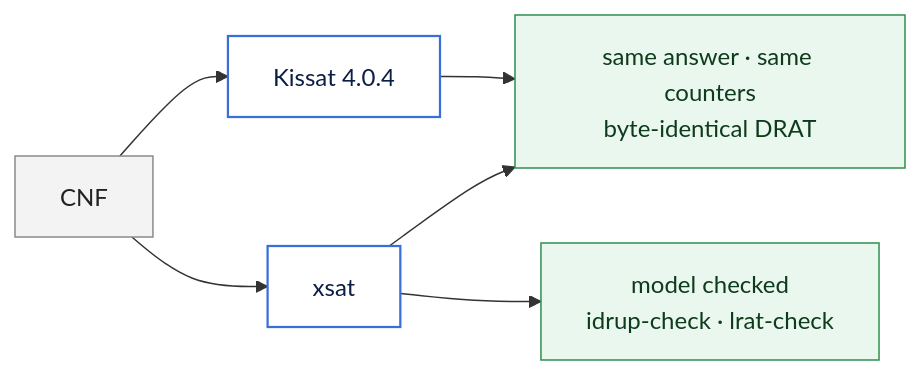
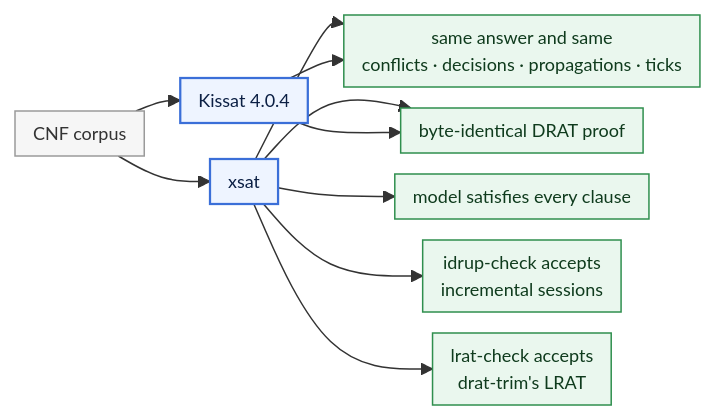
The diagram in docs/verification.mmd (orkait/xsat), drawn with Mermaid before and after one commit. The commit also changed 5 other files, not shown here.

Commit message:
docs(xsat): restore full diagrams with a tighter layout (#634)

```diff
--- a/docs/verification.mmd
+++ b/docs/verification.mmd
@@ -1,14 +1,25 @@
+%%{init: {"themeVariables": {"fontSize": "12px"}, "flowchart": {"nodeSpacing": 14, "rankSpacing": 24, "padding": 6, "wrappingWidth": 260, "diagramPadding": 4}}}%%
 flowchart LR
-  classDef input fill:#f3f3f3,stroke:#8a8a8a,color:#222
-  classDef run fill:#ffffff,stroke:#3b6fd8,stroke-width:1.5px,color:#0b1f44
+  classDef input fill:#f6f6f6,stroke:#9a9a9a,color:#333
+  classDef run fill:#eef4ff,stroke:#3b6fd8,stroke-width:1.5px,color:#0b1f44
   classDef check fill:#eaf7ee,stroke:#2f8f4e,color:#0f3b1d
 
-  cnf[CNF]:::input
+  cnf[CNF corpus]:::input
   xsat[xsat]:::run
   kissat[Kissat 4.0.4]:::run
-  same["same answer · same counters<br/>byte-identical DRAT"]:::check
-  checked["model checked<br/>idrup-check · lrat-check"]:::check
 
-  cnf --> xsat & kissat
-  xsat & kissat --> same
-  xsat --> checked
+  counters[same answer and same<br/>conflicts · decisions · propagations · ticks]:::check
+  drat[byte-identical DRAT proof]:::check
+  model[model satisfies every clause]:::check
+  idrup[idrup-check accepts<br/>incremental sessions]:::check
+  lrat[lrat-check accepts<br/>drat-trim's LRAT]:::check
+
+  cnf --> xsat
+  cnf --> kissat
+  xsat --> counters
+  kissat --> counters
+  xsat --> drat
+  kissat --> drat
+  xsat --> model
+  xsat --> idrup
+  xsat --> lrat
```
